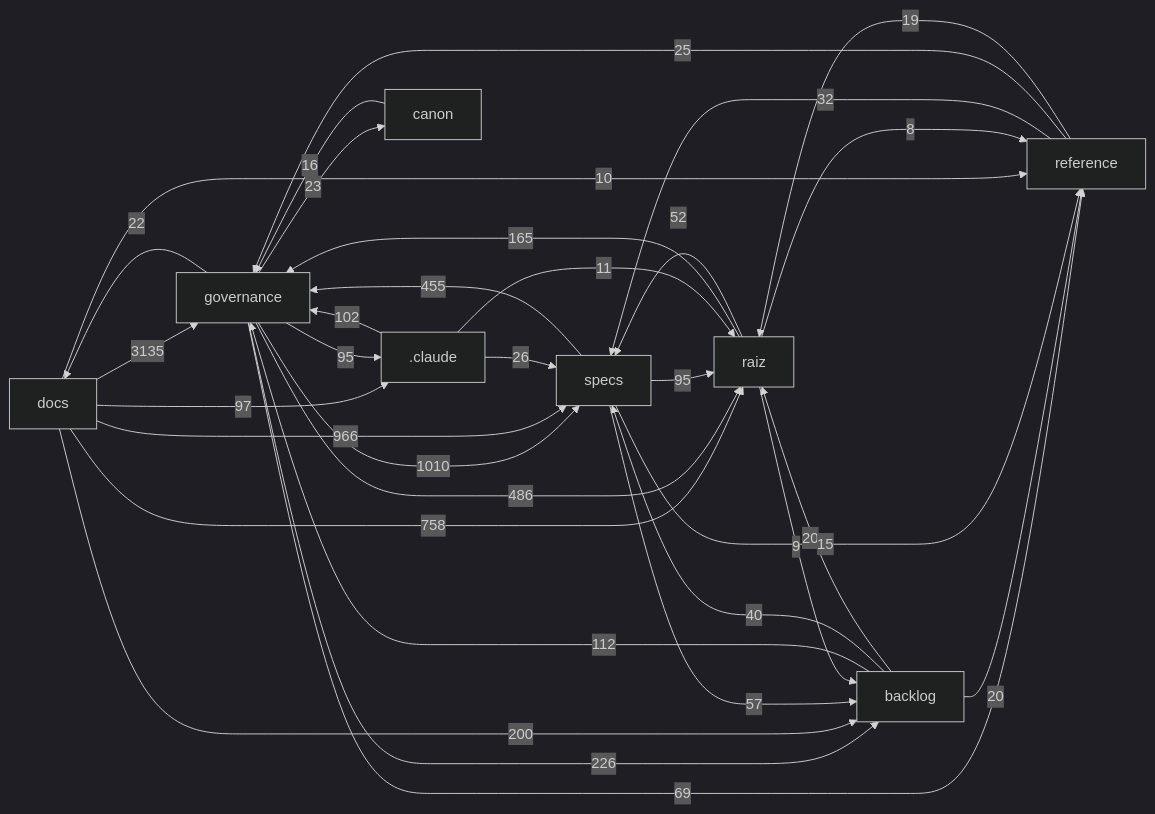
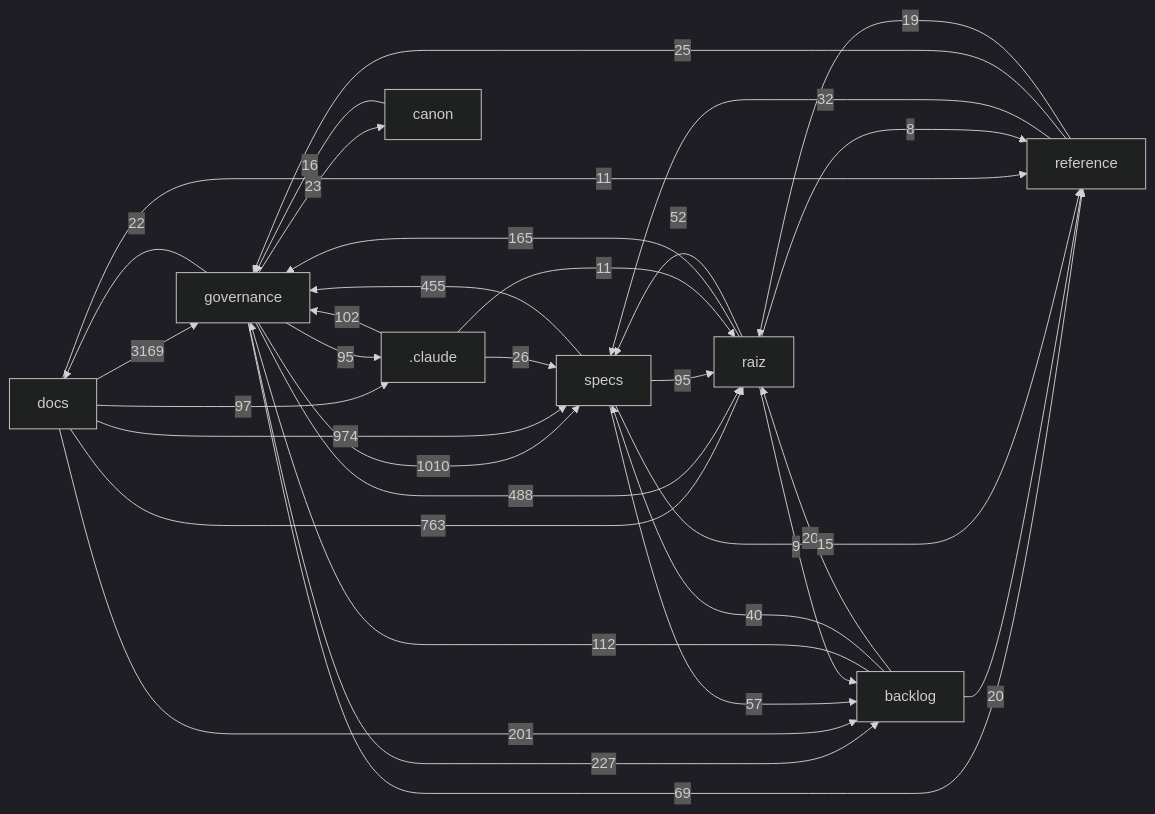
One commit to Andraus35/Sistema-Operacional-de-Trading--SOT changed the diagram in docs/mapa/MAPA-PROJETO.md. Above: the diagram before and after it, drawn with Mermaid (dark theme). The commit also changed other lines of this file and 17 other files, not shown here.

````diff
--- a/docs/mapa/MAPA-PROJETO.md
+++ b/docs/mapa/MAPA-PROJETO.md
@@ -29,35 +29,35 @@
 ```mermaid
 flowchart LR
-  docs["docs"] -->|3135| governance["governance"]
+  docs["docs"] -->|3169| governance["governance"]
   governance["governance"] -->|1010| specs["specs"]
-  docs["docs"] -->|966| specs["specs"]
-  docs["docs"] -->|758| raiz["raiz"]
-  governance["governance"] -->|486| raiz["raiz"]
+  docs["docs"] -->|974| specs["specs"]
+  docs["docs"] -->|763| raiz["raiz"]
+  governance["governance"] -->|488| raiz["raiz"]
   specs["specs"] -->|455| governance["governance"]
-  governance["governance"] -->|226| backlog["backlog"]
-  docs["docs"] -->|200| backlog["backlog"]
+  governance["governance"] -->|227| backlog["backlog"]
+  docs["docs"] -->|201| backlog["backlog"]
   raiz["raiz"] -->|165| governance["governance"]
   backlog["backlog"] -->|112| governance["governance"]
   _claude[".claude"] -->|102| governance["governance"]
   docs["docs"] -->|97| _claude[".claude"]
   governance["governance"] -->|95| _claude[".claude"]
   specs["specs"] -->|95| raiz["raiz"]
   governance["governance"] -->|69| reference["reference"]
   specs["specs"] -->|57| backlog["backlog"]
   raiz["raiz"] -->|52| specs["specs"]
   backlog["backlog"] -->|40| specs["specs"]
   reference["reference"] -->|32| specs["specs"]
   _claude[".claude"] -->|26| specs["specs"]
   reference["reference"] -->|25| governance["governance"]
   governance["governance"] -->|23| canon["canon"]
   governance["governance"] -->|22| docs["docs"]
   backlog["backlog"] -->|20| raiz["raiz"]
   backlog["backlog"] -->|20| reference["reference"]
   reference["reference"] -->|19| raiz["raiz"]
   canon["canon"] -->|16| governance["governance"]
   specs["specs"] -->|15| reference["reference"]
   _claude[".claude"] -->|11| raiz["raiz"]
-  docs["docs"] -->|10| reference["reference"]
+  docs["docs"] -->|11| reference["reference"]
   raiz["raiz"] -->|9| backlog["backlog"]
   raiz["raiz"] -->|8| reference["reference"]
 ```
````
